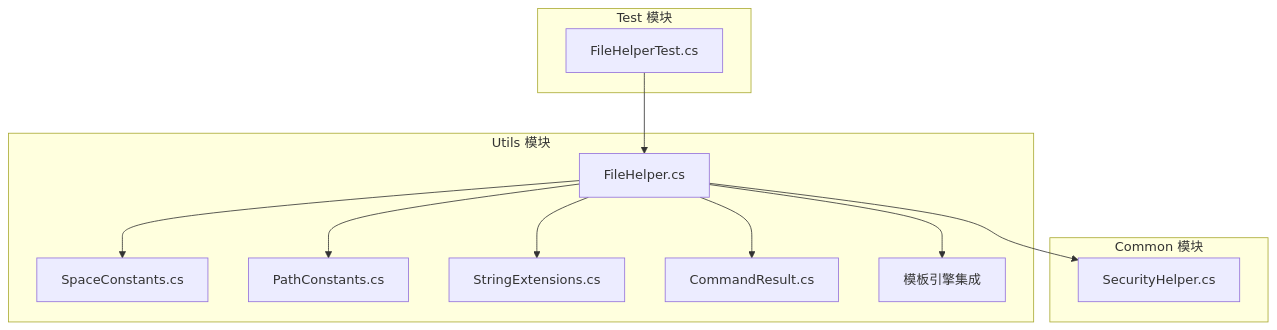
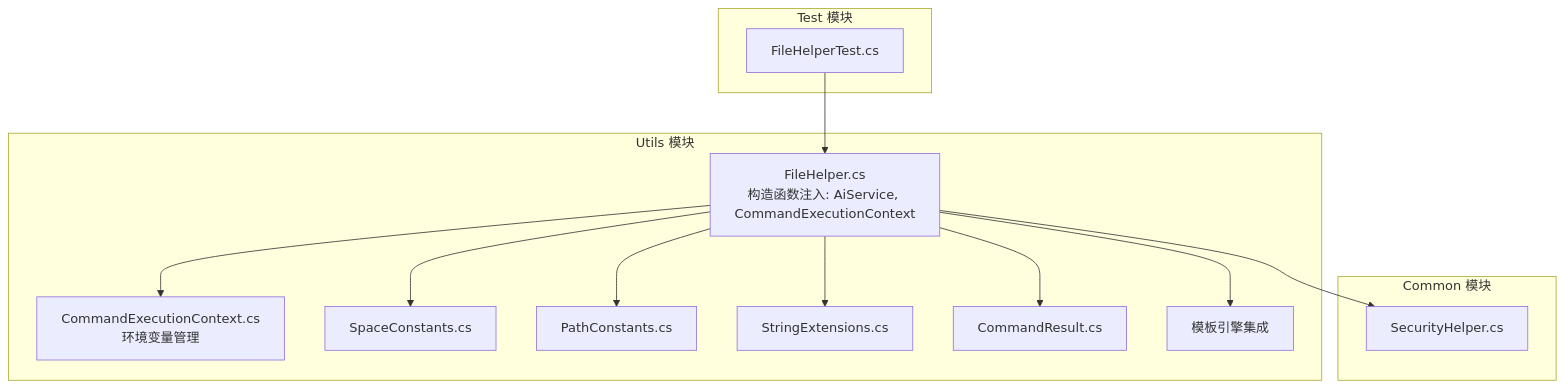
The first of 8 diagrams in .qoder/repowiki/zh/content/项目概述/核心特性/工具库系统/文件操作工具/文件操作工具.md (Sosososolong/AirGo), drawn with Mermaid before and after one commit. The commit also changed other lines of this file and 7 other files, not shown here.

````diff
--- a/.qoder/repowiki/zh/content/项目概述/核心特性/工具库系统/文件操作工具/文件操作工具.md
+++ b/.qoder/repowiki/zh/content/项目概述/核心特性/工具库系统/文件操作工具/文件操作工具.md
@@ -48,24 +48,26 @@
 ```mermaid
 graph TB
 subgraph "Utils 模块"
-FH["FileHelper.cs"]
+FH["FileHelper.cs<br/>构造函数注入: AiService, CommandExecutionContext"]
+CEC["CommandExecutionContext.cs<br/>环境变量管理"]
 SC["SpaceConstants.cs"]
 PC["PathConstants.cs"]
 SE["StringExtensions.cs"]
 CR["CommandResult.cs"]
 TE["模板引擎集成"]
 end
 subgraph "Common 模块"
 SH["SecurityHelper.cs"]
 end
 subgraph "Test 模块"
 FHT["FileHelperTest.cs"]
 end
+FH --> CEC
 FH --> SC
 FH --> PC
 FH --> SE
 FH --> CR
 FH --> TE
 FH --> SH
 FHT --> FH
 ```
````
